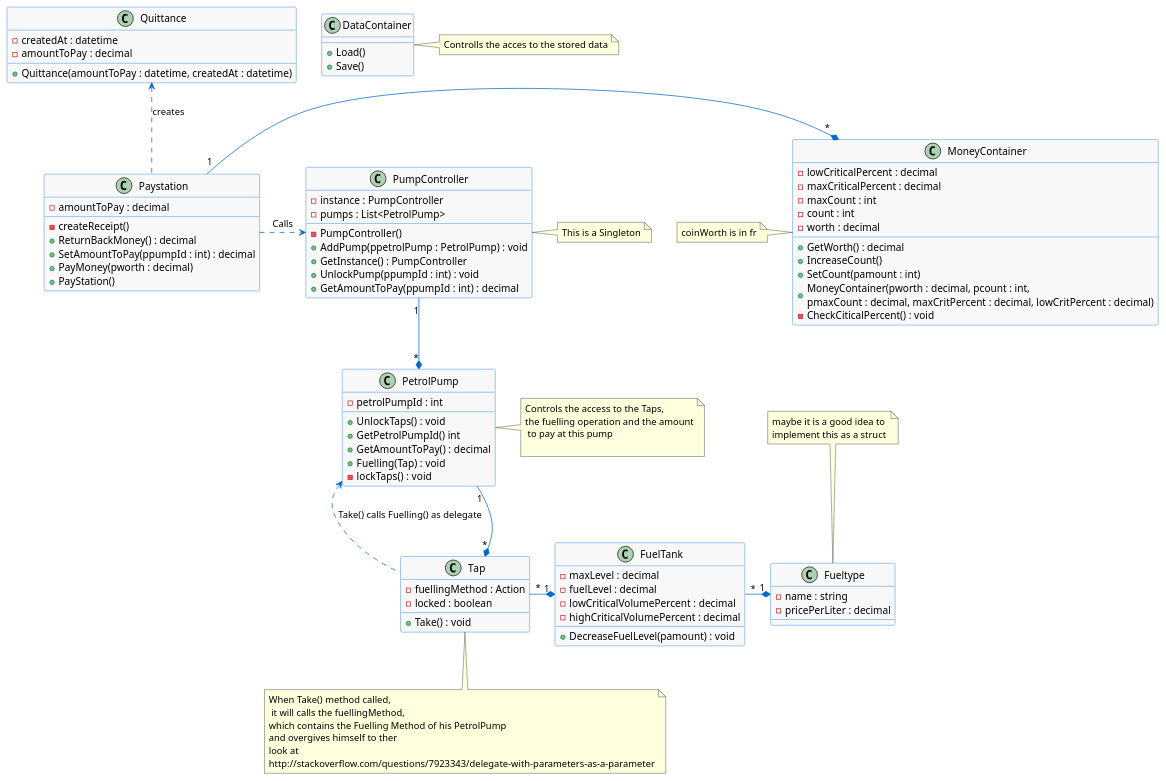
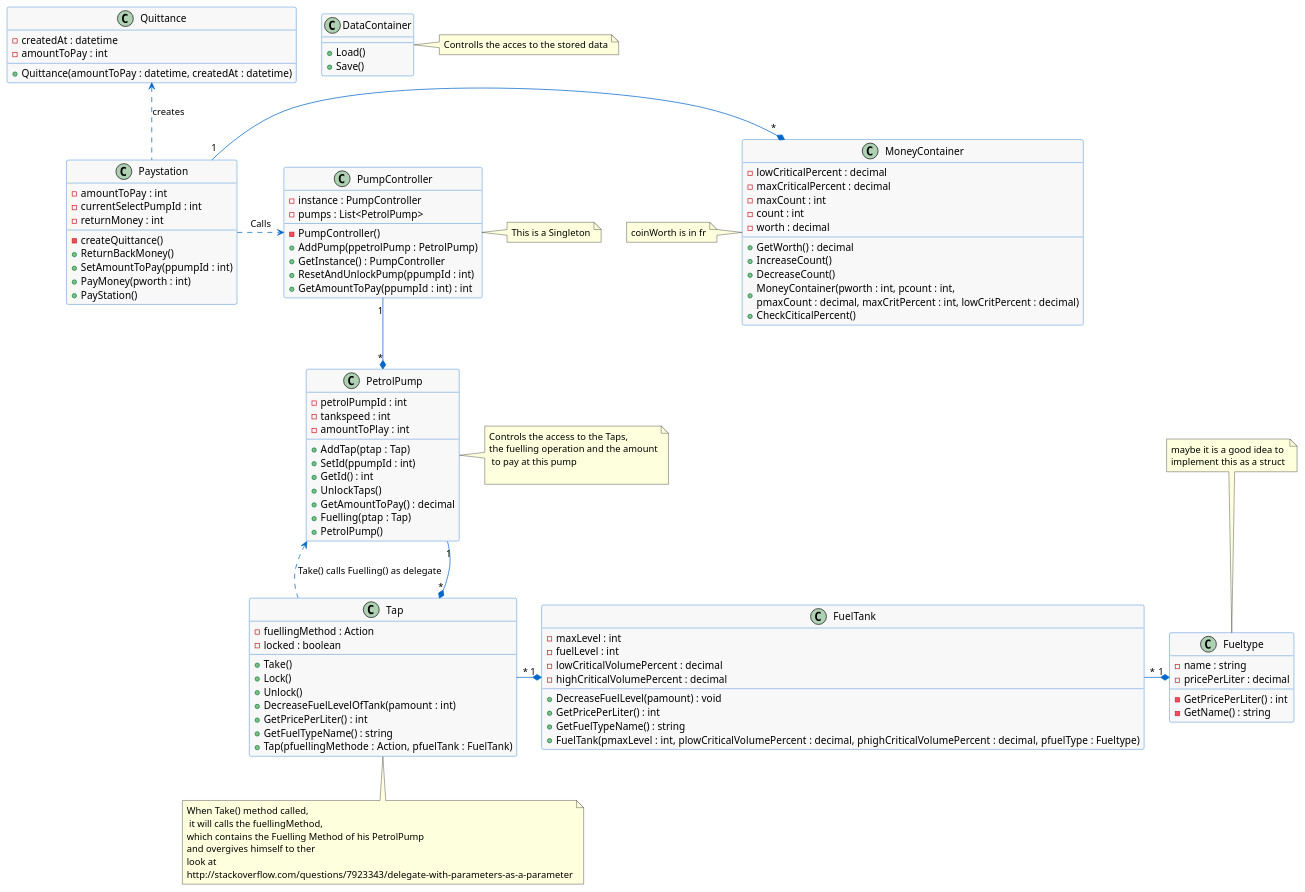
The diagram in Documentation/Diagrams/Businesslogic_class.pu (OddisJungs/PetrolStation), drawn with PlantUML before and after one commit. The commit also changed 5 other files, not shown here.

Commit message:
Little Update on some classes for the Update on the class diagramm

```diff
--- a/Documentation/Diagrams/Businesslogic_class.pu
+++ b/Documentation/Diagrams/Businesslogic_class.pu
@@ -1,94 +1,111 @@
 @startuml
 'skinparam dpi 250'
 skinparam classBackgroundColor #F8F8F8
 skinparam classBorderColor #0066CC
 skinparam classArrowColor #0066CC
 
 class Paystation {
-  	- amountToPay : decimal
-  	- createReceipt()
-  	+ ReturnBackMoney() : decimal
-  	+ SetAmountToPay(ppumpId : int) : decimal
-  	+ PayMoney(pworth : decimal)
+  	- amountToPay : int
+        - currentSelectPumpId : int
+        - returnMoney : int
+  	- createQuittance()
+  	+ ReturnBackMoney()
+  	+ SetAmountToPay(ppumpId : int)
+  	+ PayMoney(pworth : int)
   	+ PayStation()
 }
 
 class PetrolPump {
         - petrolPumpId : int
-	+ UnlockTaps() : void
-        + GetPetrolPumpId() int
+        - tankspeed : int
+        - amountToPlay : int
+        + AddTap(ptap : Tap)
+        + SetId(ppumpId : int)
+        + GetId() : int
+	+ UnlockTaps() 
 	+ GetAmountToPay() : decimal
-	+ Fuelling(Tap) : void
-	- lockTaps() : void
+	+ Fuelling(ptap : Tap) 
+        + PetrolPump()
 }
 note right : Controls the access to the Taps,\nthe fuelling operation and the amount\n to pay at this pump\n 
 
 class Tap {
-    - fuellingMethod : Action
-	- locked : boolean
-	+ Take() : void
+       - fuellingMethod : Action
+        - locked : boolean
+	+ Take()
+        + Lock() 
+        + Unlock()
+        + DecreaseFuelLevelOfTank(pamount : int)
+        + GetPricePerLiter() : int
+        + GetFuelTypeName() : string
+        + Tap(pfuellingMethode : Action, pfuelTank : FuelTank)
 }
 note bottom: When Take() method called,\n it will calls the fuellingMethod,\nwhich contains the Fuelling Method of his PetrolPump \nand overgives himself to ther\nlook at \nhttp://stackoverflow.com/questions/7923343/delegate-with-parameters-as-a-parameter
 
 class FuelTank {
-	- maxLevel : decimal
-	- fuelLevel : decimal
+	- maxLevel : int
+	- fuelLevel : int
 	- lowCriticalVolumePercent : decimal
 	- highCriticalVolumePercent : decimal
 	+ DecreaseFuelLevel(pamount) : void 
+        + GetPricePerLiter() : int
+        + GetFuelTypeName() : string
+        + FuelTank(pmaxLevel : int, plowCriticalVolumePercent : decimal,  phighCriticalVolumePercent : decimal, pfuelType : Fueltype)
 }
 
 class Fueltype {
 	- name : string
 	- pricePerLiter : decimal
+        - GetPricePerLiter() : int 
+        - GetName() : string
 }
 note top : maybe it is a good idea to \nimplement this as a struct
 
 class Quittance {
 	- createdAt : datetime
-	- amountToPay : decimal
+	- amountToPay : int
 	+ Quittance(amountToPay : datetime, createdAt : datetime)
 }
 
 class PumpController {
 	- instance : PumpController
 	- pumps : List<PetrolPump>
 	- PumpController()
-	+ AddPump(ppetrolPump : PetrolPump) : void
+	+ AddPump(ppetrolPump : PetrolPump)
 	+ GetInstance() : PumpController
-	+ UnlockPump(ppumpId : int) : void
-	+ GetAmountToPay(ppumpId : int) : decimal
+	+ ResetAndUnlockPump(ppumpId : int) 
+	+ GetAmountToPay(ppumpId : int) : int
 }
 note right: This is a Singleton
 
 class MoneyContainer {
   - lowCriticalPercent : decimal
   - maxCriticalPercent : decimal
   - maxCount : int
   - count : int
   - worth : decimal
   + GetWorth() : decimal
   + IncreaseCount()
-  + SetCount(pamount : int)
-  + MoneyContainer(pworth : decimal, pcount : int,\npmaxCount : decimal, maxCritPercent : decimal, lowCritPercent : decimal)
-  - CheckCiticalPercent() : void
+  + DecreaseCount()
+  + MoneyContainer(pworth : int, pcount : int,\npmaxCount : decimal, maxCritPercent : int, lowCritPercent : decimal)
+  + CheckCiticalPercent() 
   
 }
 note left: coinWorth is in fr
 
 class DataContainer {
 	+ Load()
 	+ Save()
 }
 note right: Controlls the acces to the stored data
 
 PumpController "1" --* "*" PetrolPump
 Paystation ...right....> PumpController : Calls
 Paystation "1" -right-* "*" MoneyContainer
 Paystation .up.> Quittance : creates
 PetrolPump "1" --* "*" Tap
 Tap "*" -right-* "1" FuelTank
 FuelTank "*" -right-* "1" Fueltype
 
 Tap .up.> PetrolPump : Take() calls Fuelling() as delegate
 @enduml 
```
